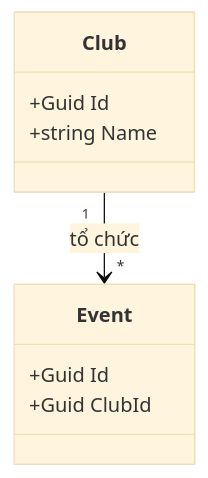
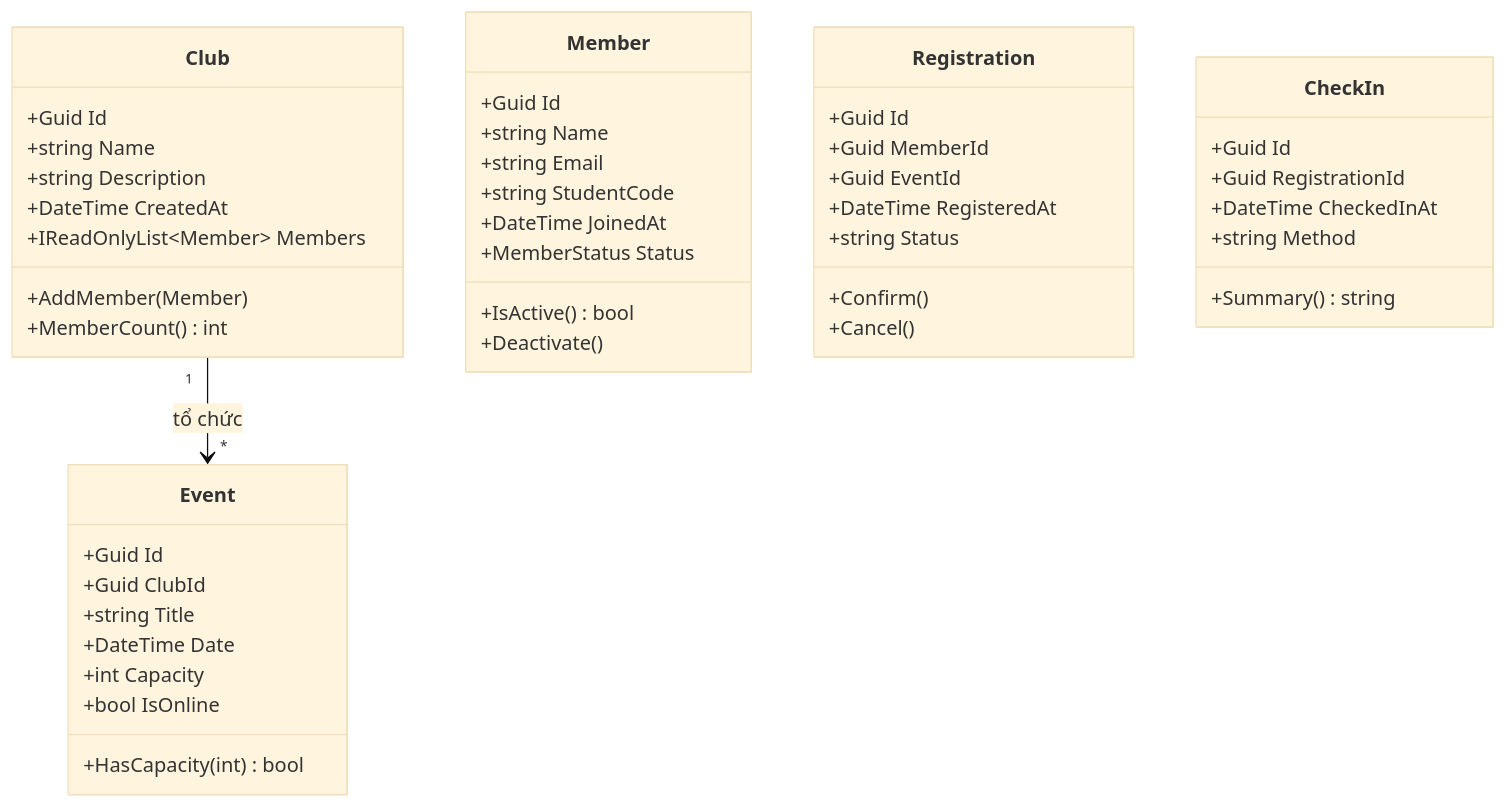
Before and after one commit to kevinnnsss/Phat-trien-phan-mem-huong-doi-tuong: the diagram in docs/class-diagram.md, drawn with Mermaid (base theme). The commit also changed 7 other files, not shown here.

````diff
--- a/docs/class-diagram.md
+++ b/docs/class-diagram.md
@@ -6,14 +6,50 @@
 ```mermaid
 classDiagram
     class Club {
         +Guid Id
         +string Name
+        +string Description
+        +DateTime CreatedAt
+        +IReadOnlyList~Member~ Members
+        +AddMember(Member)
+        +MemberCount() int
     }
     class Event {
         +Guid Id
         +Guid ClubId
+         +string Title
+        +DateTime Date
+        +int Capacity
+        +bool IsOnline
+        +HasCapacity(int) bool
+    }
+     class Member {
+        +Guid Id
+        +string Name
+        +string Email
+        +string StudentCode
+        +DateTime JoinedAt
+        +MemberStatus Status
+        +IsActive() bool
+        +Deactivate()
+    }
+    class Registration {
+        +Guid Id
+        +Guid MemberId
+        +Guid EventId
+        +DateTime RegisteredAt
+        +string Status
+        +Confirm()
+        +Cancel()
+    }
+    class CheckIn {
+        +Guid Id
+        +Guid RegistrationId
+        +DateTime CheckedInAt
+        +string Method
+        +Summary() string
     }
     Club "1" --> "*" Event : tổ chức
 
     %% TODO: bổ sung Member, Registration, CheckIn, đủ thuộc tính, phương thức và các quan hệ còn lại
 ```
````
